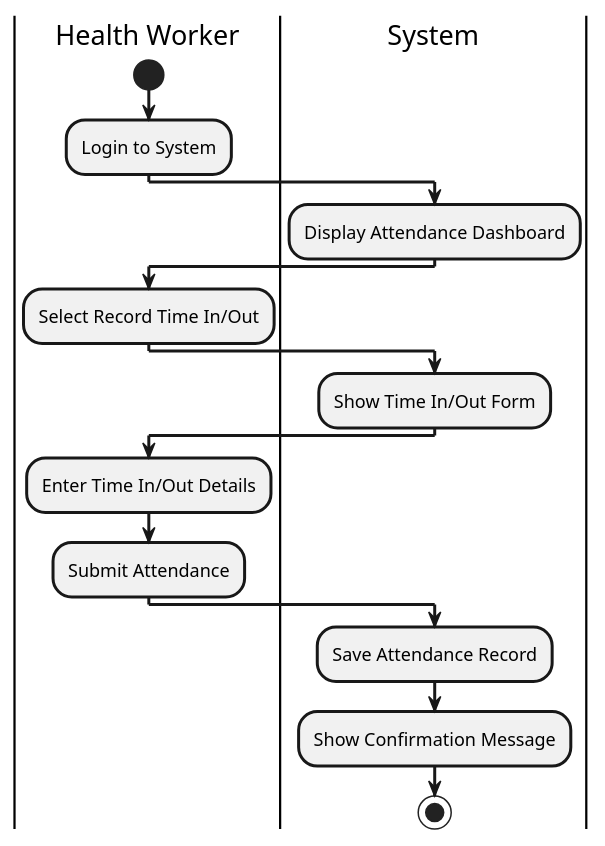
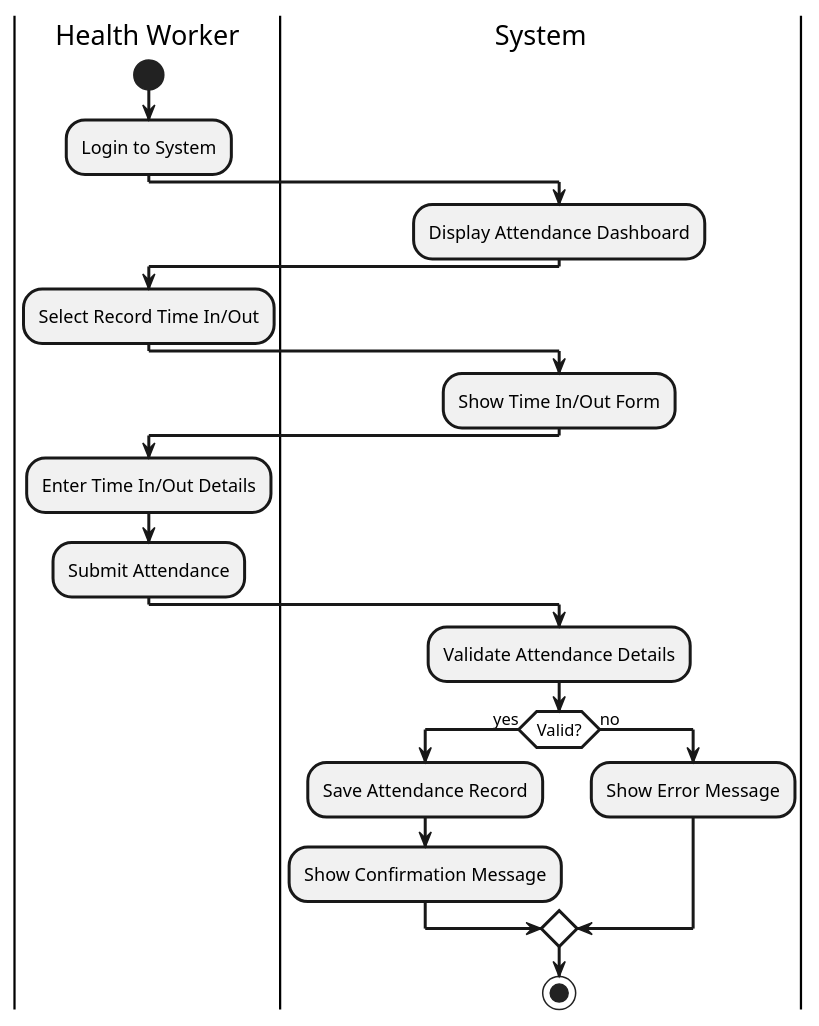
The diagram in dist/02 - diagrams/Activity_Diagrams/health_worker_record_time_in_out_activity.puml (KuroKage-001/Mamatid_MedClinic), drawn with PlantUML before and after one commit. The commit also changed 12 other files, not shown here.

```diff
--- a/dist/02 - diagrams/Activity_Diagrams/health_worker_record_time_in_out_activity.puml
+++ b/dist/02 - diagrams/Activity_Diagrams/health_worker_record_time_in_out_activity.puml
@@ -1,31 +1,36 @@
 @startuml
 skinparam defaultTextAlignment center
 skinparam ArrowThickness 2
 skinparam ActivityBorderThickness 2
 skinparam ActivityDiamondBackgroundColor white
 skinparam ActivityDiamondBorderThickness 2
 
 |Health Worker|
 start
 :Login to System;
 
 |System|
 :Display Attendance Dashboard;
 
 |Health Worker|
 :Select Record Time In/Out;
 
 |System|
 :Show Time In/Out Form;
 
 |Health Worker|
 :Enter Time In/Out Details;
 :Submit Attendance;
 
 |System|
-:Save Attendance Record;
-:Show Confirmation Message;
+:Validate Attendance Details;
+if (Valid?) then (yes)
+  :Save Attendance Record;
+  :Show Confirmation Message;
+else (no)
+  :Show Error Message;
+endif
 
 stop
 
 @enduml 
```
